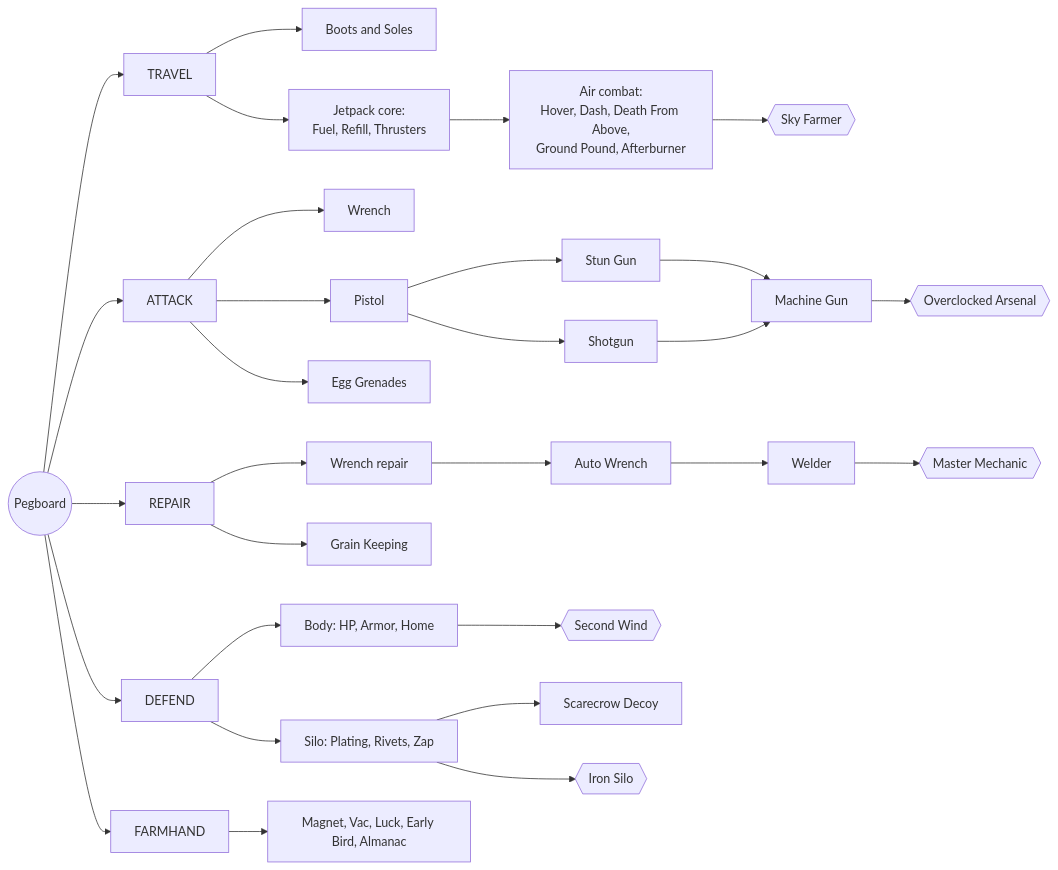
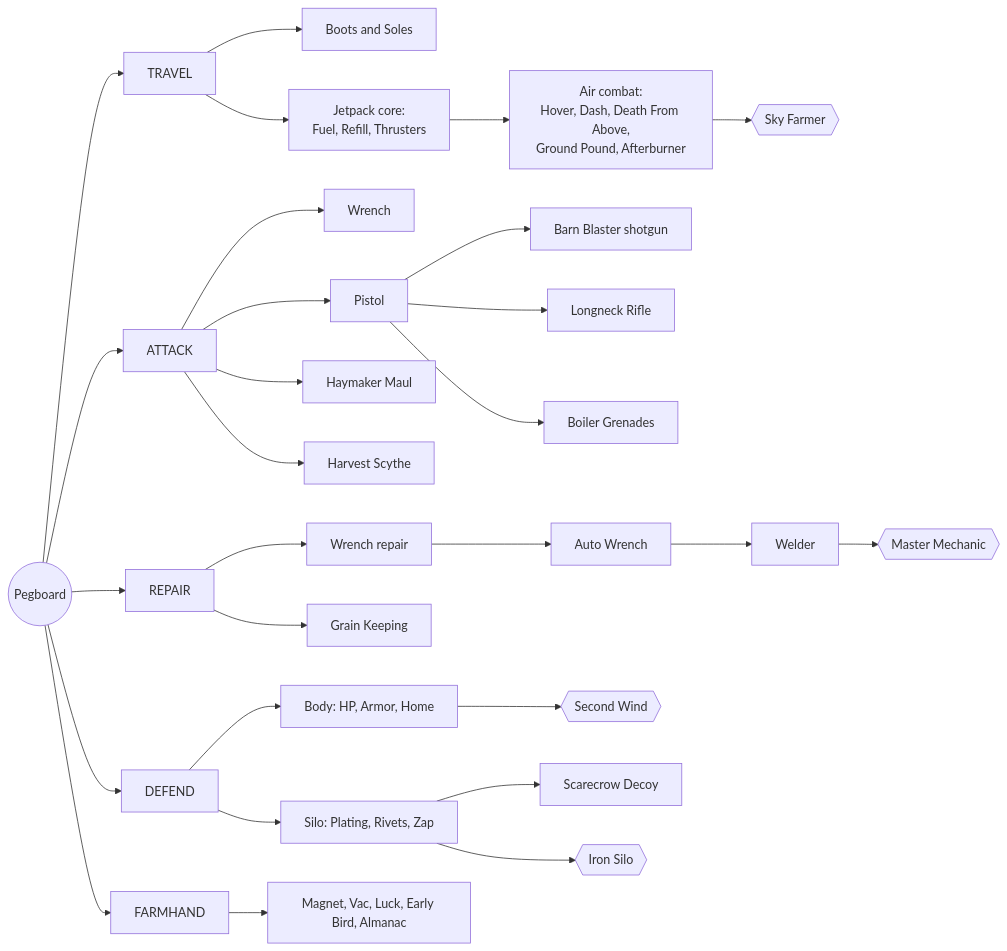
The fifth of 7 diagrams in Robot_Attack_GDD.md (riotfire/robotattackdemo), drawn with Mermaid before and after one commit. The commit also changed other lines of this file and 156 other files, not shown here.

````diff
--- a/Robot_Attack_GDD.md
+++ b/Robot_Attack_GDD.md
@@ -826,36 +892,35 @@
 ```mermaid
 flowchart LR
     Root((Pegboard)) --> T[TRAVEL]
     Root --> A[ATTACK]
     Root --> R[REPAIR]
     Root --> D[DEFEND]
     Root --> F[FARMHAND]
 
     T --> T1[Boots and Soles]
     T --> T2[Jetpack core:<br/>Fuel, Refill, Thrusters]
     T2 --> T3[Air combat:<br/>Hover, Dash, Death From Above,<br/>Ground Pound, Afterburner]
     T3 --> TC{{Sky Farmer}}
 
     A --> A1[Wrench]
     A --> A2[Pistol]
-    A2 --> A3[Stun Gun]
-    A2 --> A4[Shotgun]
-    A3 --> A5[Machine Gun]
-    A4 --> A5
-    A --> A6[Egg Grenades]
-    A5 --> AC{{Overclocked Arsenal}}
+    A2 --> A3[Barn Blaster shotgun]
+    A2 --> A4[Longneck Rifle]
+    A2 --> A5[Boiler Grenades]
+    A --> A6[Haymaker Maul]
+    A --> A7[Harvest Scythe]
 
     R --> R1[Wrench repair]
     R1 --> R2[Auto Wrench]
     R2 --> R3[Welder]
     R --> R4[Grain Keeping]
     R3 --> RC{{Master Mechanic}}
 
     D --> D1[Body: HP, Armor, Home]
     D --> D2[Silo: Plating, Rivets, Zap]
     D2 --> D3[Scarecrow Decoy]
     D1 --> DC{{Second Wind}}
     D2 --> DC2{{Iron Silo}}
 
     F --> F1[Magnet, Vac, Luck, Early Bird, Almanac]
 ```
````
